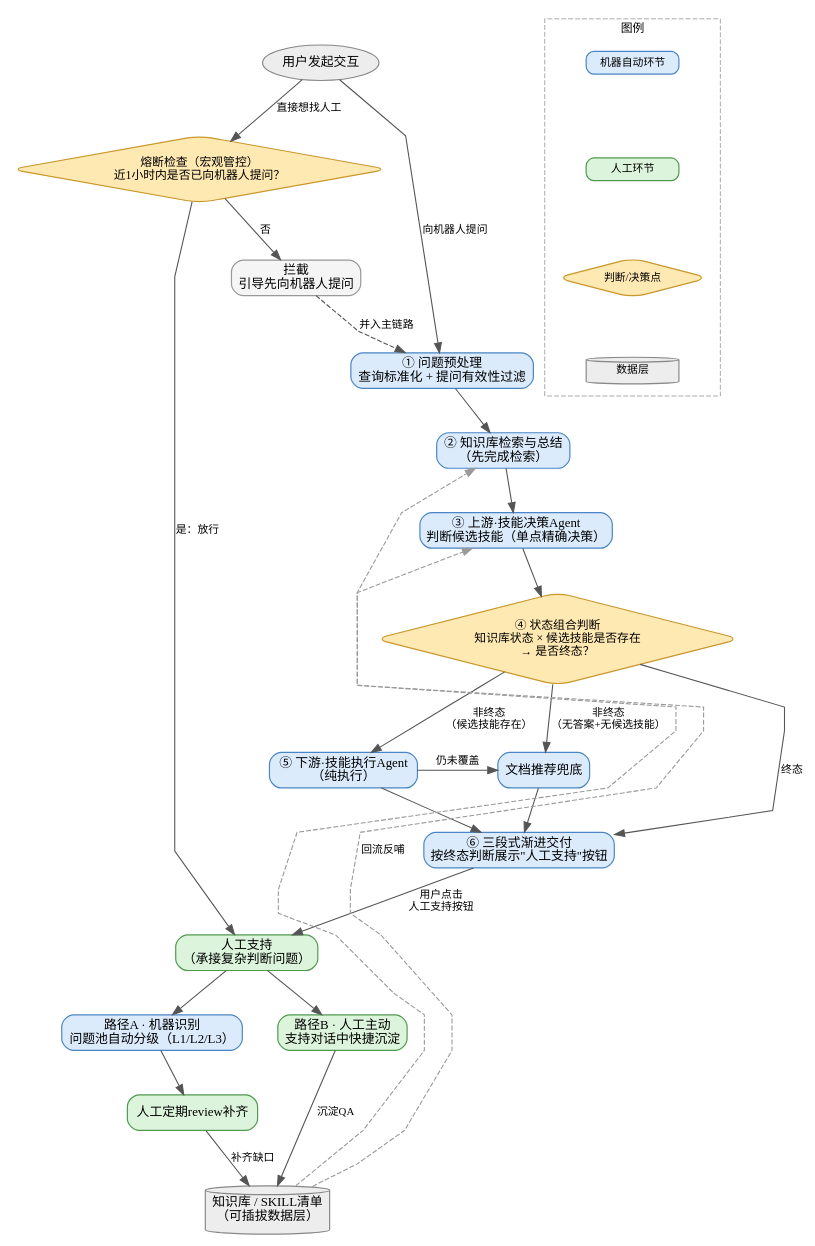
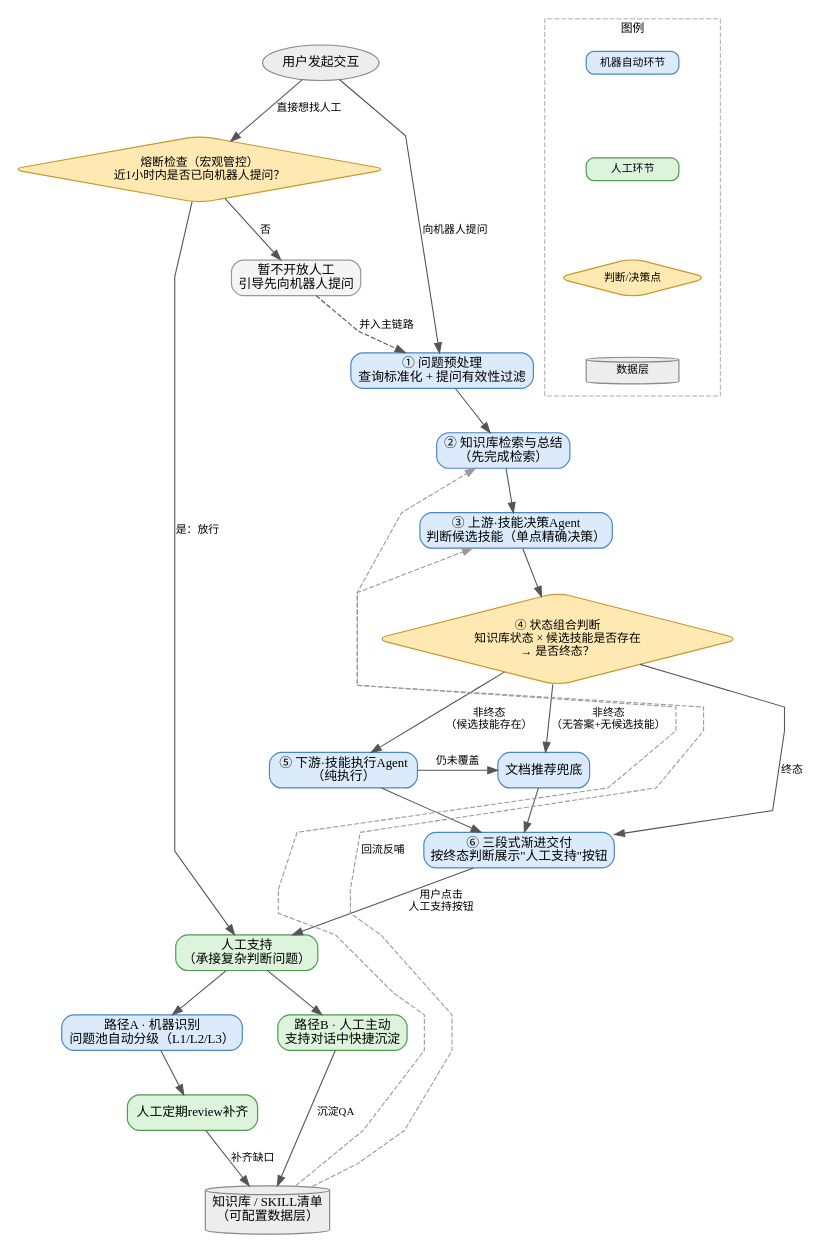
One commit to beango622-arch/firstProject changed the diagram in architecture_diagram.dot. Above: the diagram before and after it, drawn with Graphviz. The commit also changed 5 other files, not shown here.

Commit message:
按最新反馈修改：重写行业背景、共性特征改为共性问题、新增自主解决率开篇、统一低代码产品矩阵口径、逻辑链图移至3.3

```diff
--- a/architecture_diagram.dot
+++ b/architecture_diagram.dot
@@ -1,74 +1,74 @@
 digraph architecture {
     rankdir=TB;
     graph [fontname="WenQuanYi Micro Hei", splines=polyline, nodesep=0.5, ranksep=0.6, bgcolor="white"];
     node [fontname="WenQuanYi Micro Hei", fontsize=13, style="filled,rounded", shape=box, penwidth=1.2];
     edge [fontname="WenQuanYi Micro Hei", fontsize=11, color="#555555", penwidth=1.1];
 
     start [label="用户发起交互", shape=oval, fillcolor="#EDEDED", color="#888888"];
 
     fuse [label="熔断检查（宏观管控）\n近1小时内是否已向机器人提问？", shape=diamond, fillcolor="#FFE9B3", color="#C9972B", fontsize=12];
-    block [label="拦截\n引导先向机器人提问", fillcolor="#F5F5F5", color="#999999"];
+    block [label="暂不开放人工\n引导先向机器人提问", fillcolor="#F5F5F5", color="#999999"];
 
     s1 [label="① 问题预处理\n查询标准化 + 提问有效性过滤", fillcolor="#DCEBFC", color="#4A86C5"];
     s2 [label="② 知识库检索与总结\n（先完成检索）", fillcolor="#DCEBFC", color="#4A86C5"];
     s3 [label="③ 上游·技能决策Agent\n判断候选技能（单点精确决策）", fillcolor="#DCEBFC", color="#4A86C5"];
     s4 [label="④ 状态组合判断\n知识库状态 × 候选技能是否存在\n→ 是否终态？", shape=diamond, fillcolor="#FFE9B3", color="#C9972B", fontsize=12];
     s5 [label="⑤ 下游·技能执行Agent\n（纯执行）", fillcolor="#DCEBFC", color="#4A86C5"];
     docfb [label="文档推荐兜底", fillcolor="#DCEBFC", color="#4A86C5"];
     s6 [label="⑥ 三段式渐进交付\n按终态判断展示\"人工支持\"按钮", fillcolor="#DCEBFC", color="#4A86C5"];
 
     human [label="人工支持\n（承接复杂判断问题）", fillcolor="#DCF4DC", color="#4F9A4F"];
 
     pathA [label="路径A · 机器识别\n问题池自动分级（L1/L2/L3）", fillcolor="#DCEBFC", color="#4A86C5"];
     review [label="人工定期review补齐", fillcolor="#DCF4DC", color="#4F9A4F"];
     pathB [label="路径B · 人工主动\n支持对话中快捷沉淀", fillcolor="#DCF4DC", color="#4F9A4F"];
 
-    data [label="知识库 / SKILL清单\n（可插拔数据层）", shape=cylinder, fillcolor="#EDEDED", color="#888888"];
+    data [label="知识库 / SKILL清单\n（可配置数据层）", shape=cylinder, fillcolor="#EDEDED", color="#888888"];
 
     start -> fuse [label="直接想找人工"];
     start -> s1 [label="向机器人提问"];
 
     fuse -> block [label="否"];
     fuse -> human [label="是：放行"];
     block -> s1 [style=dashed, label="并入主链路", constraint=true];
 
     s1 -> s2;
     s2 -> s3;
     s3 -> s4;
     s4 -> s5 [label="非终态\n（候选技能存在）"];
     s4 -> docfb [label="非终态\n（无答案+无候选技能）"];
     s4 -> s6 [label="终态"];
     s5 -> docfb [label="仍未覆盖"];
     s5 -> s6;
     docfb -> s6;
     s6 -> human [label="用户点击\n人工支持按钮"];
 
     human -> pathA;
     human -> pathB;
     pathA -> review;
     review -> data [label="补齐缺口"];
     pathB -> data [label="沉淀QA"];
 
     data -> s2 [style=dashed, color="#999999", label="回流反哺", constraint=false];
     data -> s3 [style=dashed, color="#999999", constraint=false];
 
     { rank=same; s5; docfb; }
     { rank=same; pathA; pathB; }
 
     subgraph cluster_legend {
         label="图例";
         fontname="WenQuanYi Micro Hei";
         fontsize=12;
         style=dashed;
         color="#AAAAAA";
         margin=12;
         rank=sink;
         node [shape=box, fontsize=11, width=1.3, height=0.32];
         edge [style=invis];
         lg1 [label="机器自动环节", fillcolor="#DCEBFC", color="#4A86C5"];
         lg2 [label="人工环节", fillcolor="#DCF4DC", color="#4F9A4F"];
         lg3 [label="判断/决策点", shape=diamond, fillcolor="#FFE9B3", color="#C9972B"];
         lg4 [label="数据层", shape=cylinder, fillcolor="#EDEDED", color="#888888"];
         lg1 -> lg2 -> lg3 -> lg4;
     }
 }
```
